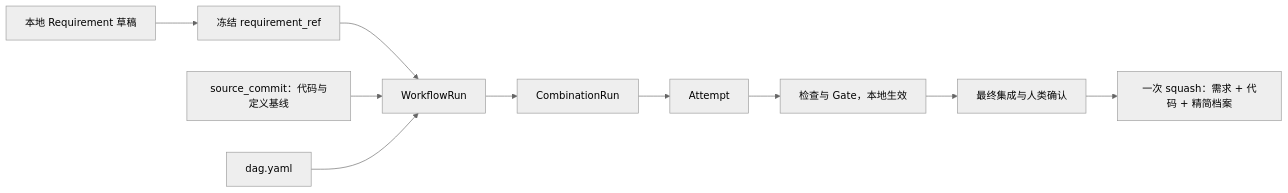
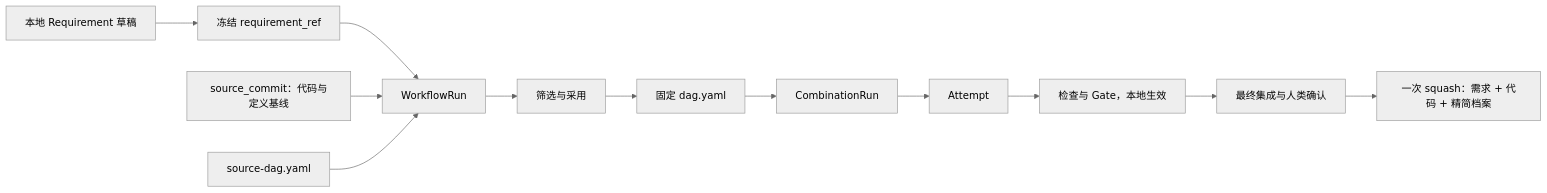
Before and after one commit to LingMessy/facetloom: the first of 5 diagrams in design/02-requirement.md, drawn with Mermaid (neutral theme). The commit also changed other lines of this file and 9 other files, not shown here.

````diff
--- a/design/02-requirement.md
+++ b/design/02-requirement.md
@@ -7,12 +7,14 @@
 ```mermaid
 flowchart LR
     R[本地 Requirement 草稿] --> F[冻结 requirement_ref]
     F --> WR[WorkflowRun]
     SC[source_commit：代码与定义基线] --> WR
-    DAG[dag.yaml] --> WR
-    WR --> CR[CombinationRun]
+    DAG[source-dag.yaml] --> WR
+    WR --> SEL[筛选与采用]
+    SEL --> ED[固定 dag.yaml]
+    ED --> CR[CombinationRun]
     CR --> AT[Attempt]
     AT --> G[检查与 Gate，本地生效]
     G --> I[最终集成与人类确认]
     I --> M[一次 squash：需求 + 代码 + 精简档案]
 ```
````
